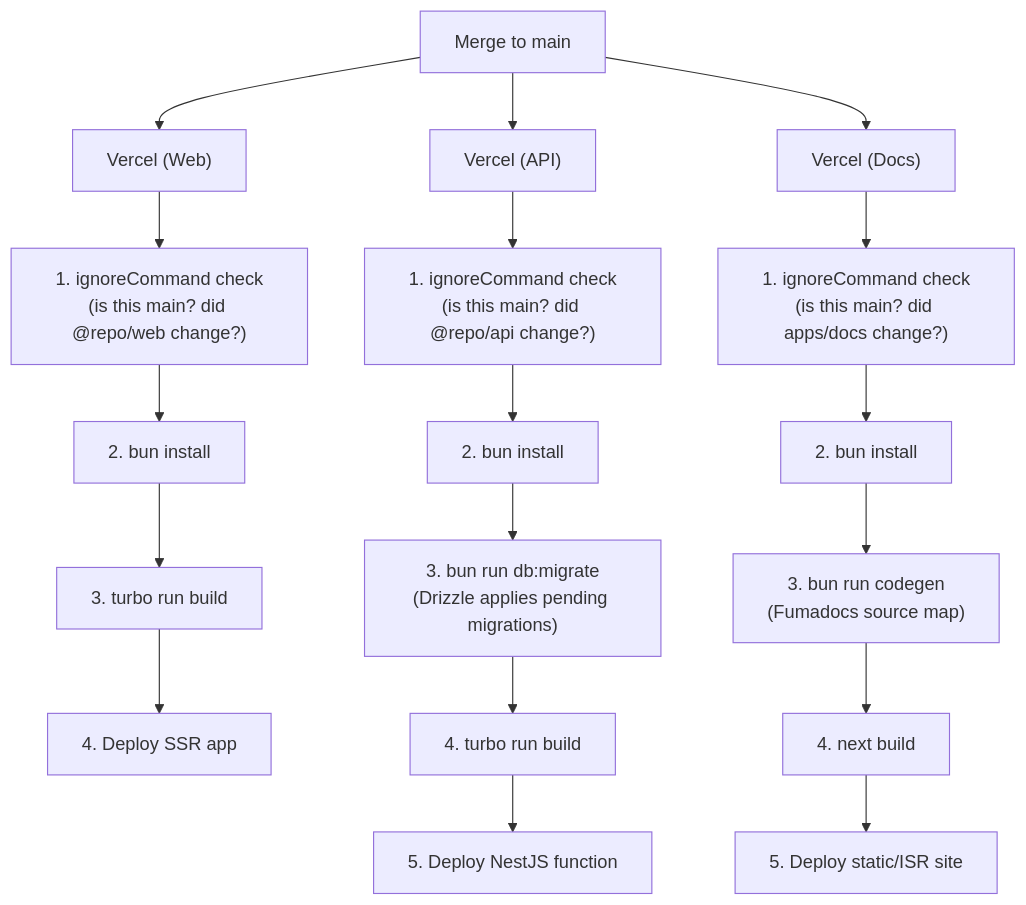
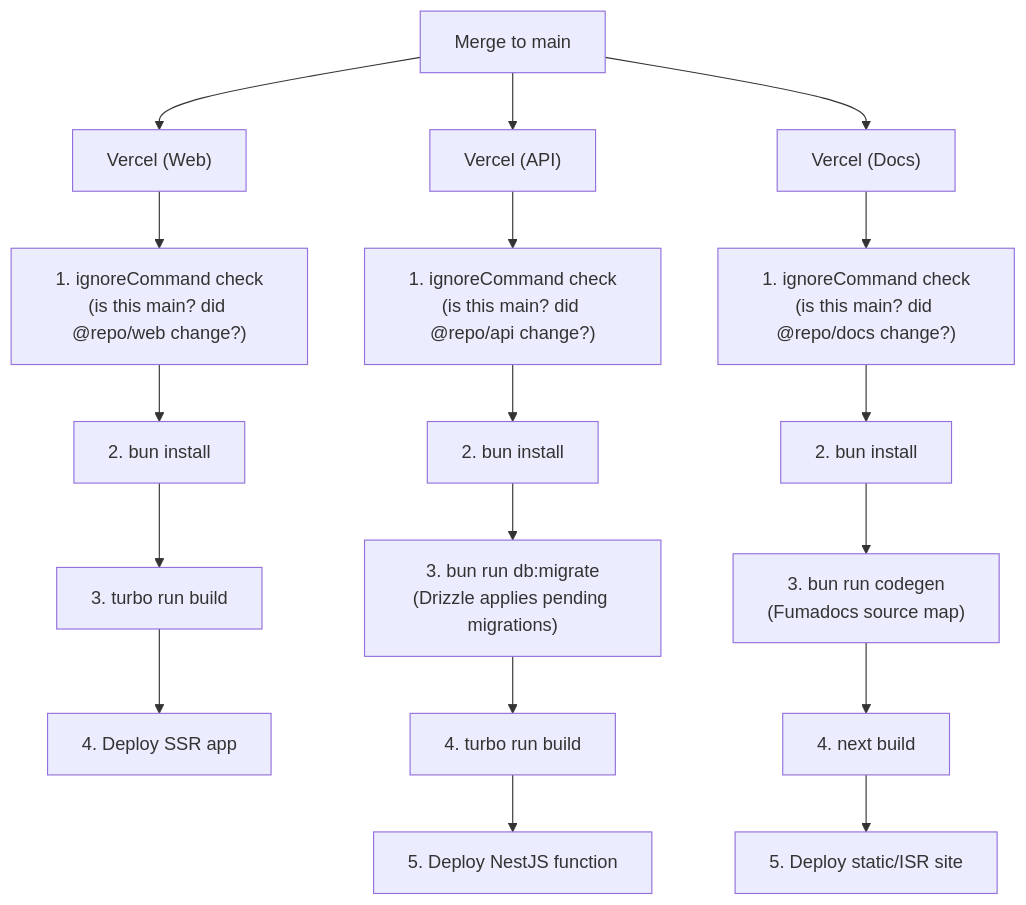
One commit to Roxabi/roxabi-boilerplate changed the fourth of 4 diagrams in docs/architecture/ci-cd.mdx. Above: the diagram before and after it, drawn with Mermaid. The commit also changed 5 other files, not shown here.

First line of the commit message:
docs: sync proxy and ignoreCommand references after #489 and #490 (#491)

````diff
--- a/docs/architecture/ci-cd.mdx
+++ b/docs/architecture/ci-cd.mdx
@@ -366,23 +366,23 @@
 ```mermaid
 flowchart TD
     M["Merge to main"] --> W["Vercel (Web)"]
     M --> A["Vercel (API)"]
     M --> D["Vercel (Docs)"]
 
     W --> W1["1. ignoreCommand check<br/>(is this main? did @repo/web change?)"]
     W1 --> W2["2. bun install"]
     W2 --> W3["3. turbo run build"]
     W3 --> W4["4. Deploy SSR app"]
 
     A --> A1["1. ignoreCommand check<br/>(is this main? did @repo/api change?)"]
     A1 --> A2["2. bun install"]
     A2 --> A3["3. bun run db:migrate<br/>(Drizzle applies pending migrations)"]
     A3 --> A4["4. turbo run build"]
     A4 --> A5["5. Deploy NestJS function"]
 
-    D --> D1["1. ignoreCommand check<br/>(is this main? did apps/docs change?)"]
+    D --> D1["1. ignoreCommand check<br/>(is this main? did @repo/docs change?)"]
     D1 --> D2["2. bun install"]
     D2 --> D3["3. bun run codegen<br/>(Fumadocs source map)"]
     D3 --> D4["4. next build"]
     D4 --> D5["5. Deploy static/ISR site"]
 ```
````
